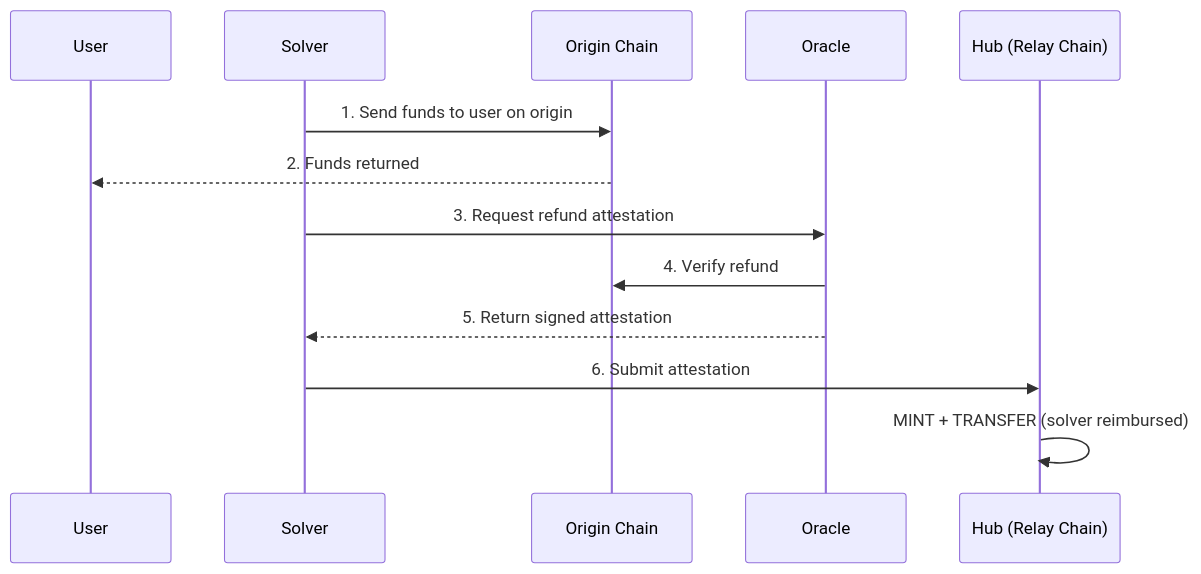
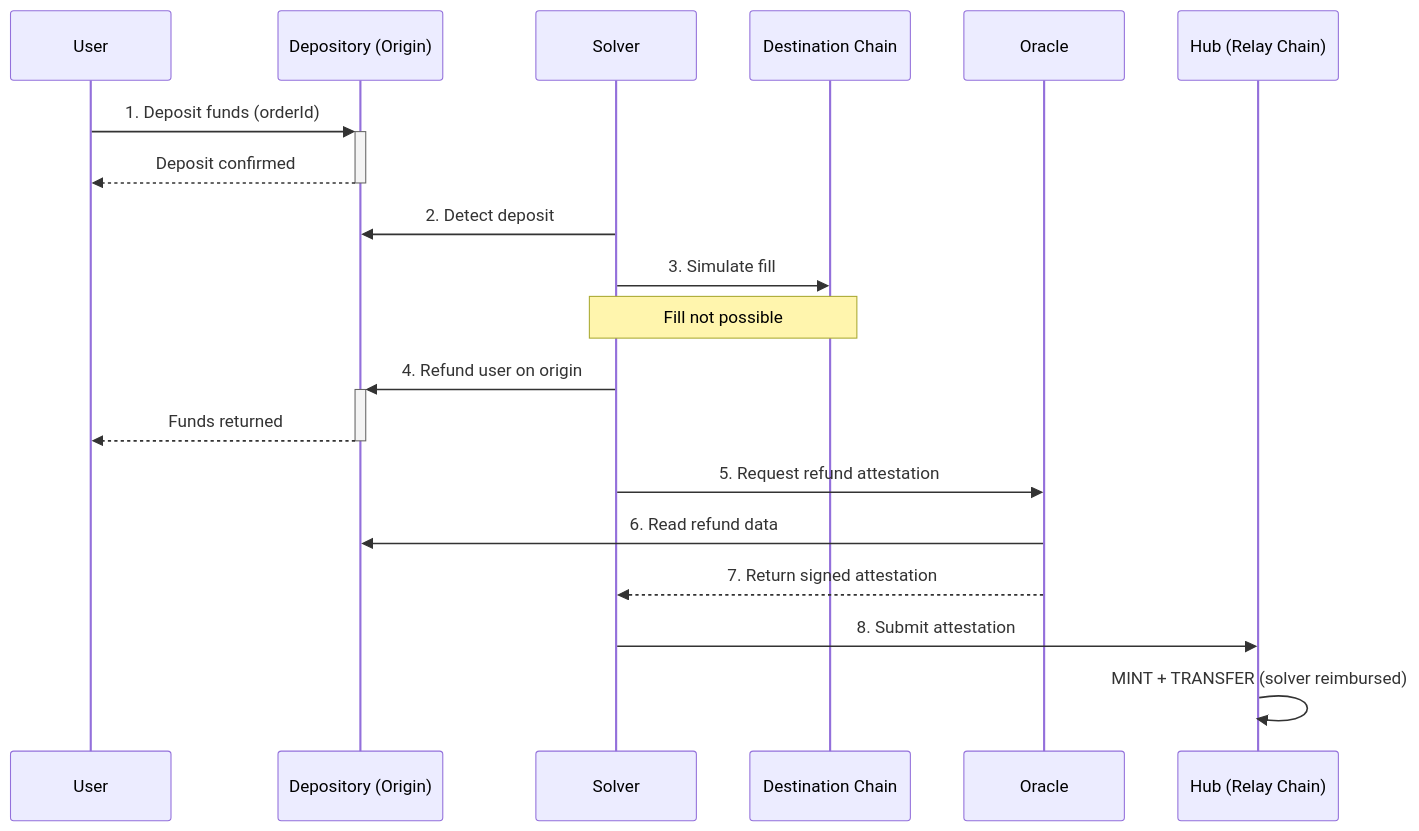
One commit to relayprotocol/relay-docs changed the fifth of 7 diagrams in references/protocol/how-it-works.mdx. Above: the diagram before and after it, drawn with Mermaid. The commit also changed other lines of this file and 3 other files, not shown here.

First line of the commit message:
Add refunds to architecture page, contract addresses, and security cleanup

````diff
--- a/references/protocol/how-it-works.mdx
+++ b/references/protocol/how-it-works.mdx
@@ -177,16 +180,22 @@
 ```mermaid
 sequenceDiagram
     participant User
+    participant Depository as Depository (Origin)
     participant Solver
-    participant Origin as Origin Chain
+    participant Dest as Destination Chain
     participant Oracle
     participant Hub as Hub (Relay Chain)
 
-    Solver->>Origin: 1. Send funds to user on origin
-    Origin-->>User: 2. Funds returned
-    Solver->>Oracle: 3. Request refund attestation
-    Oracle->>Origin: 4. Verify refund
-    Oracle-->>Solver: 5. Return signed attestation
-    Solver->>Hub: 6. Submit attestation
+    User->>+Depository: 1. Deposit funds (orderId)
+    Depository-->>-User: Deposit confirmed
+    Solver->>Depository: 2. Detect deposit
+    Solver->>Dest: 3. Simulate fill
+    Note over Solver,Dest: Fill not possible
+    Solver->>+Depository: 4. Refund user on origin
+    Depository-->>-User: Funds returned
+    Solver->>Oracle: 5. Request refund attestation
+    Oracle->>Depository: 6. Read refund data
+    Oracle-->>Solver: 7. Return signed attestation
+    Solver->>Hub: 8. Submit attestation
     Hub->>Hub: MINT + TRANSFER (solver reimbursed)
 ```
````
